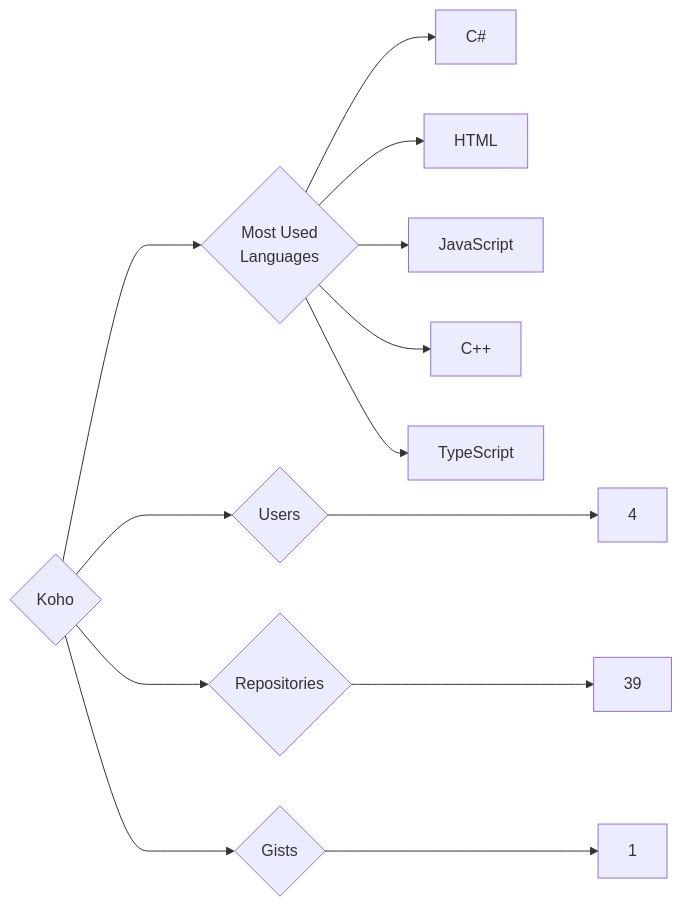
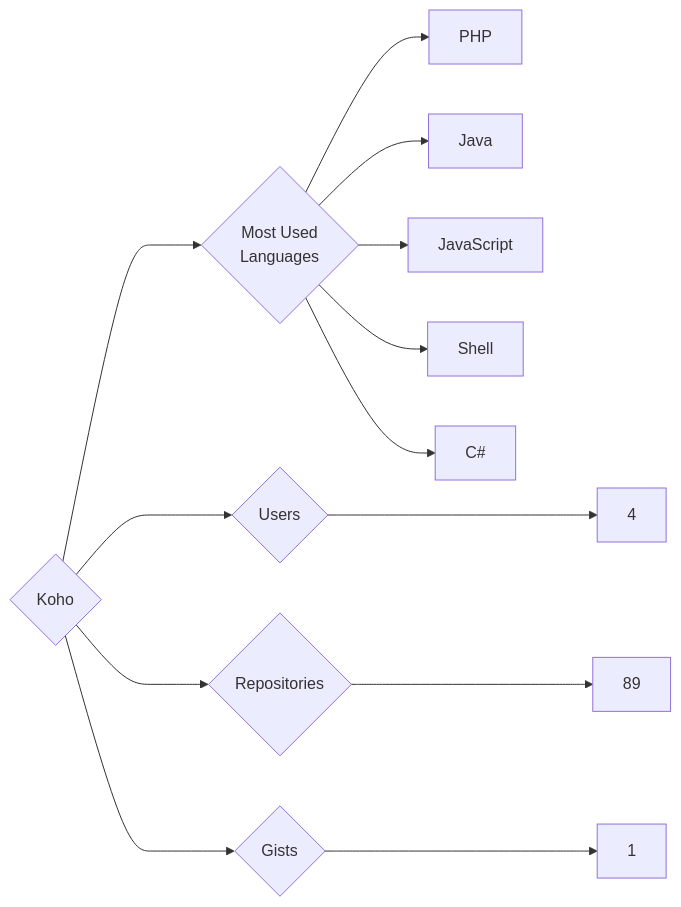
The diagram in targets/Koho/README.md (trickest/insiders), drawn with Mermaid before and after one commit. The commit also changed 874 other files, not shown here.

````diff
--- a/targets/Koho/README.md
+++ b/targets/Koho/README.md
@@ -3,13 +3,13 @@
 ```mermaid
 graph LR
 COMPANY_NAME{Koho}
 COMPANY_NAME ---> U{Users} ---> UN[4]
-COMPANY_NAME ---> R{Repositories} ---> RN[39]
+COMPANY_NAME ---> R{Repositories} ---> RN[89]
 COMPANY_NAME ---> G{Gists} ---> GN[1]
 COMPANY_NAME ---> ML{Most Used<br>Languages}
+ML --> PHP[PHP]
+ML --> Java[Java]
+ML --> JavaScript[JavaScript]
+ML --> Shell[Shell]
 ML --> C#[C#]
-ML --> HTML[HTML]
-ML --> JavaScript[JavaScript]
-ML --> C++[C++]
-ML --> TypeScript[TypeScript]
 ```
````
